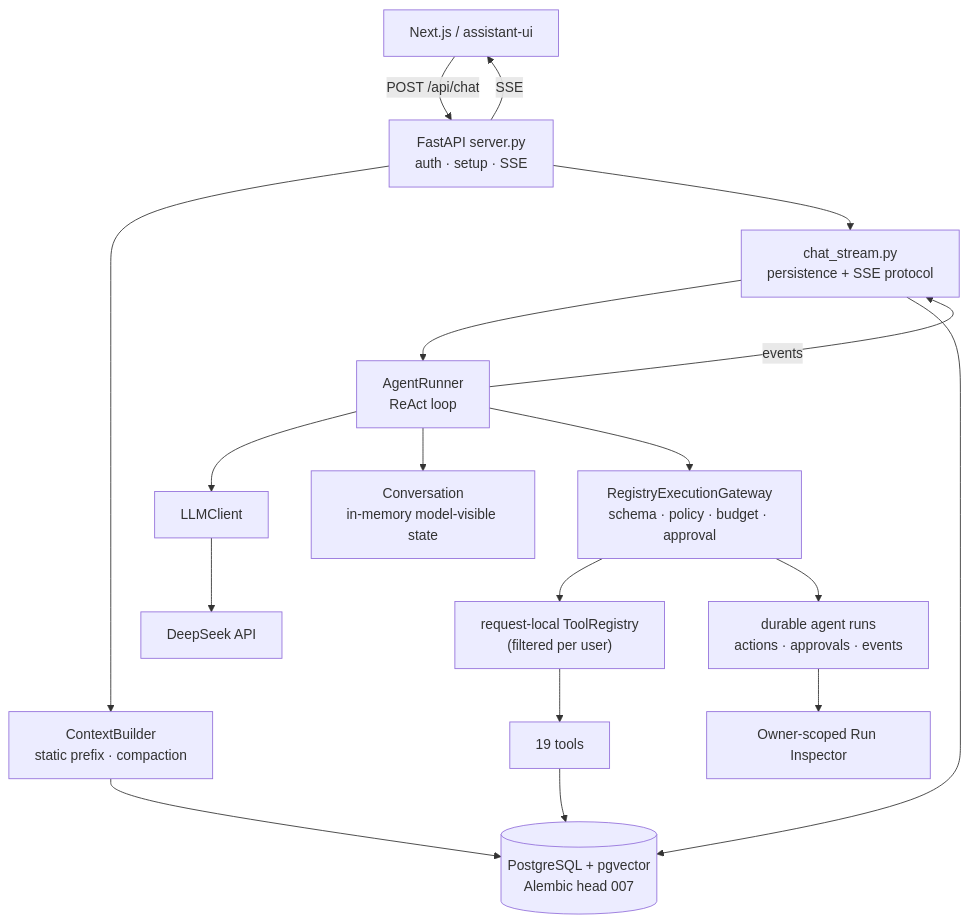
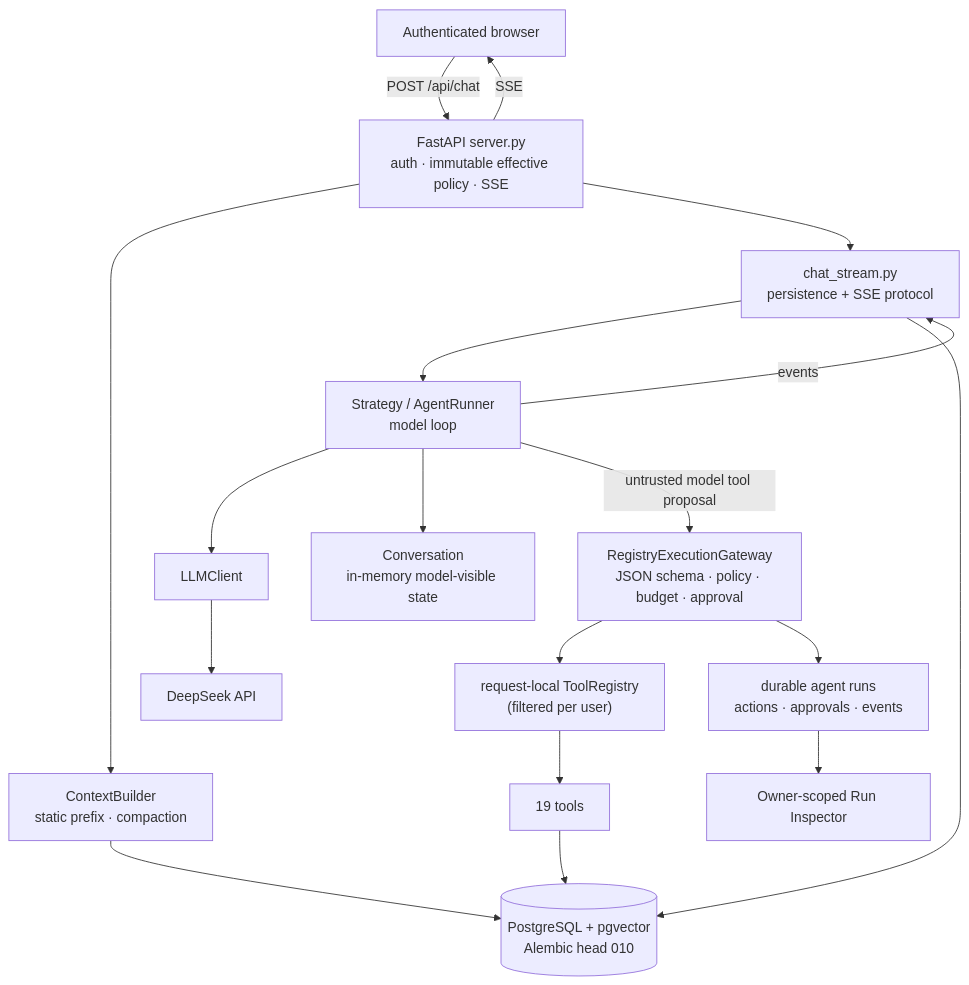
One commit to ChuaQH/agent-platform changed the diagram in README.md. Above: the diagram before and after it, drawn with Mermaid. The commit also changed other lines of this file and 15 other files, not shown here.

````diff
--- a/README.md
+++ b/README.md
@@ -60,19 +60,19 @@
 ```mermaid
 flowchart TB
-    UI["Next.js / assistant-ui"] -->|"POST /api/chat"| ROUTES["FastAPI server.py<br/>auth · setup · SSE"]
+    UI["Authenticated browser"] -->|"POST /api/chat"| ROUTES["FastAPI server.py<br/>auth · immutable effective policy · SSE"]
     ROUTES --> CTX["ContextBuilder<br/>static prefix · compaction"]
     ROUTES --> STREAM["chat_stream.py<br/>persistence + SSE protocol"]
-    STREAM --> RUNNER["AgentRunner<br/>ReAct loop"]
+    STREAM --> RUNNER["Strategy / AgentRunner<br/>model loop"]
     RUNNER --> LLM["LLMClient"] --> API["DeepSeek API"]
     RUNNER --> CONV["Conversation<br/>in-memory model-visible state"]
-    RUNNER --> GATEWAY["RegistryExecutionGateway<br/>schema · policy · budget · approval"]
+    RUNNER -->|"untrusted model tool proposal"| GATEWAY["RegistryExecutionGateway<br/>JSON schema · policy · budget · approval"]
     GATEWAY --> REG["request-local ToolRegistry<br/>(filtered per user)"]
     REG --> TOOLS["19 tools"]
     GATEWAY --> RUNS["durable agent runs<br/>actions · approvals · events"]
     RUNS --> INSPECTOR["Owner-scoped Run Inspector"]
-    STREAM --> PG[("PostgreSQL + pgvector<br/>Alembic head 007")]
+    STREAM --> PG[("PostgreSQL + pgvector<br/>Alembic head 010")]
     CTX --> PG
     TOOLS --> PG
     RUNNER -->|"events"| STREAM
     ROUTES -->|"SSE"| UI
 ```
````
